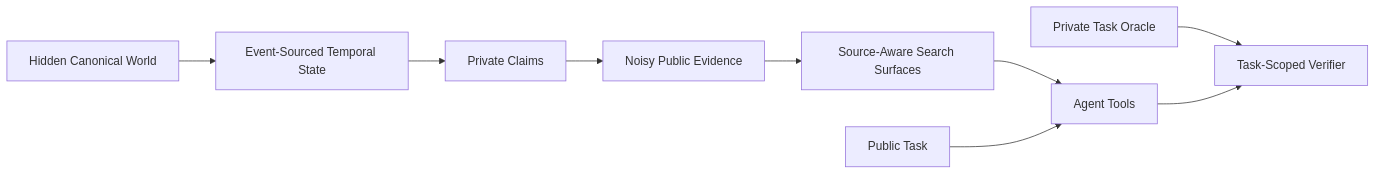
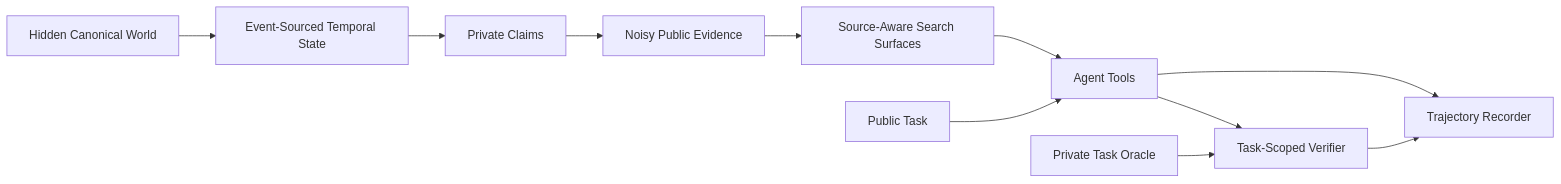
The diagram in README.md (FPC-effortless/veritas), drawn with Mermaid before and after one commit. The commit also changed other lines of this file, not shown here.

Commit message:
docs: document authenticated orchestration and trajectory capture

````diff
--- a/README.md
+++ b/README.md
@@ -7,11 +7,13 @@
 ```mermaid
 flowchart LR
   W[Hidden Canonical World] --> E[Event-Sourced Temporal State]
   E --> C[Private Claims]
   C --> D[Noisy Public Evidence]
   D --> S[Source-Aware Search Surfaces]
   S --> A[Agent Tools]
   T[Public Task] --> A
   O[Private Task Oracle] --> V[Task-Scoped Verifier]
   A --> V
+  A --> R[Trajectory Recorder]
+  V --> R
 ```
````
